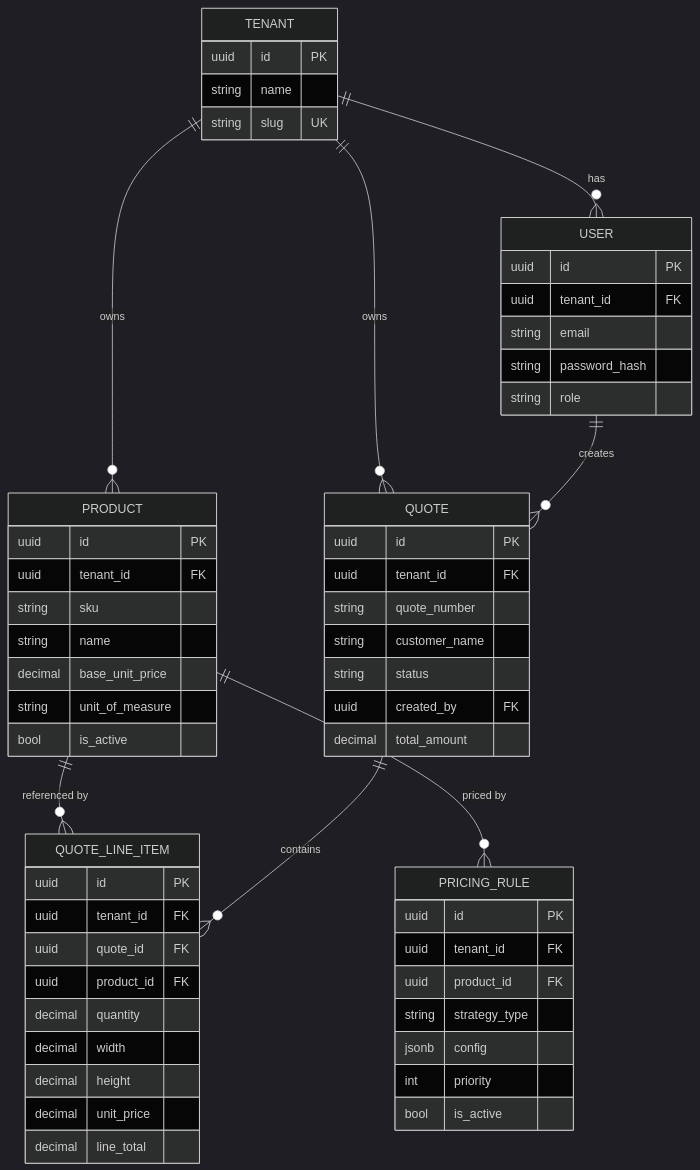
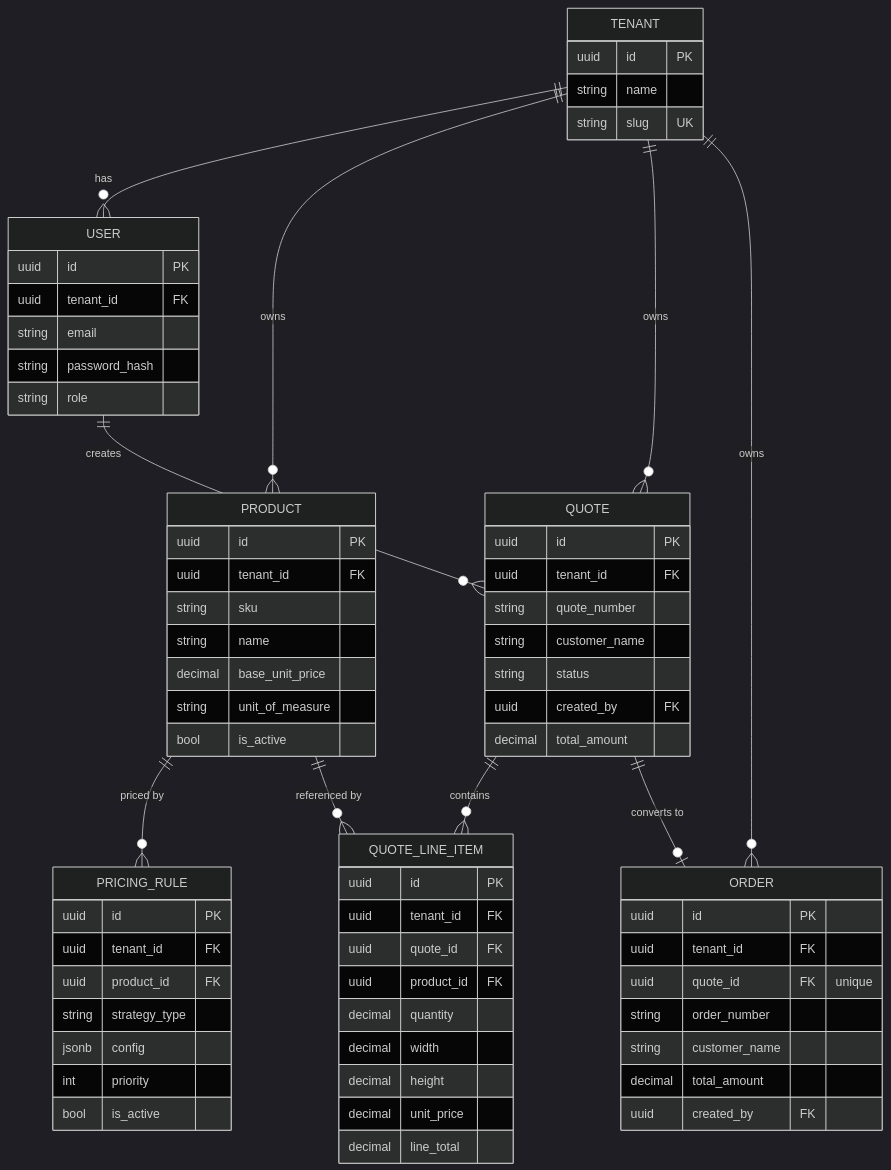
Before and after one commit to UygarGokcen/forgeflow: the diagram in README.md, drawn with Mermaid (dark theme). The commit also changed other lines of this file and 9 other files, not shown here.

First line of the commit message:
Add Order entity created on quote conversion

````diff
--- a/README.md
+++ b/README.md
@@ -108,61 +110,72 @@
 ```mermaid
 erDiagram
     TENANT ||--o{ USER : has
     TENANT ||--o{ PRODUCT : owns
     TENANT ||--o{ QUOTE : owns
+    TENANT ||--o{ ORDER : owns
     PRODUCT ||--o{ PRICING_RULE : "priced by"
     PRODUCT ||--o{ QUOTE_LINE_ITEM : "referenced by"
     QUOTE ||--o{ QUOTE_LINE_ITEM : contains
+    QUOTE ||--o| ORDER : "converts to"
     USER ||--o{ QUOTE : creates
 
     TENANT {
         uuid id PK
         string name
         string slug UK
     }
     USER {
         uuid id PK
         uuid tenant_id FK
         string email
         string password_hash
         string role
     }
     PRODUCT {
         uuid id PK
         uuid tenant_id FK
         string sku
         string name
         decimal base_unit_price
         string unit_of_measure
         bool is_active
     }
     PRICING_RULE {
         uuid id PK
         uuid tenant_id FK
         uuid product_id FK
         string strategy_type
         jsonb config
         int priority
         bool is_active
     }
     QUOTE {
         uuid id PK
         uuid tenant_id FK
         string quote_number
         string customer_name
         string status
         uuid created_by FK
         decimal total_amount
     }
     QUOTE_LINE_ITEM {
         uuid id PK
         uuid tenant_id FK
         uuid quote_id FK
         uuid product_id FK
         decimal quantity
         decimal width
         decimal height
         decimal unit_price
         decimal line_total
     }
+    ORDER {
+        uuid id PK
+        uuid tenant_id FK
+        uuid quote_id FK "unique"
+        string order_number
+        string customer_name
+        decimal total_amount
+        uuid created_by FK
+    }
 ```
````
